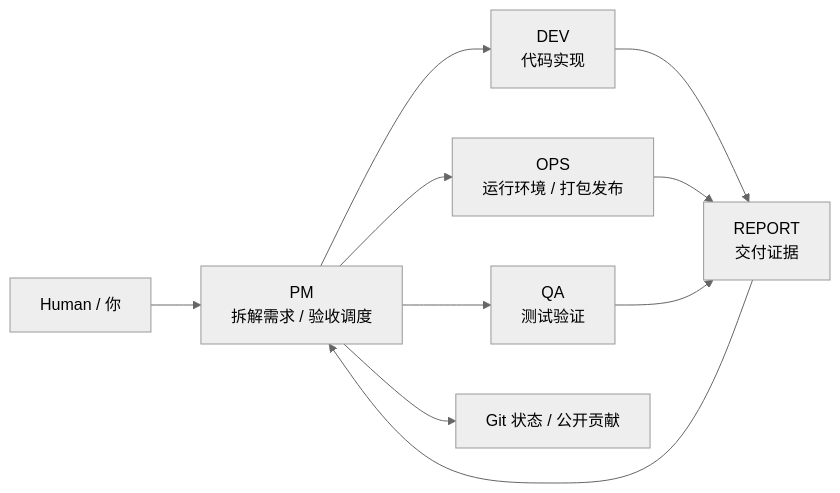
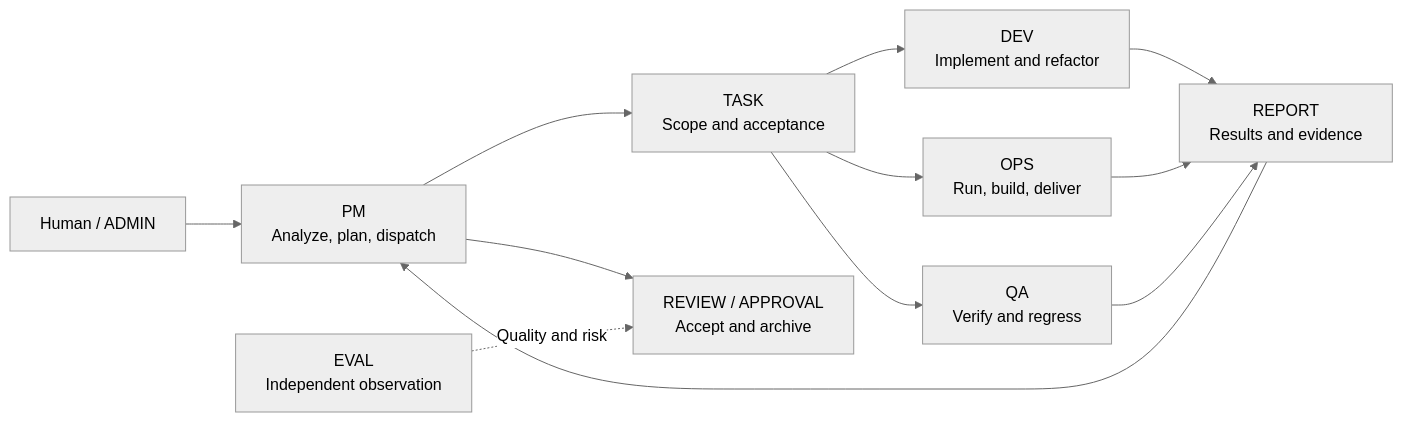
The diagram in README.md (joinwell52-AI/CodeFlowMu-open), drawn with Mermaid (neutral theme) before and after one commit. The commit also changed other lines of this file and 27 other files, not shown here.

````diff
--- a/README.md
+++ b/README.md
@@ -58,12 +105,14 @@
 ```mermaid
 flowchart LR
-  Human["Human / 你"] --> PM["PM<br/>拆解需求 / 验收调度"]
-  PM --> DEV["DEV<br/>代码实现"]
-  PM --> OPS["OPS<br/>运行环境 / 打包发布"]
-  PM --> QA["QA<br/>测试验证"]
-  DEV --> Report["REPORT<br/>交付证据"]
-  OPS --> Report
-  QA --> Report
-  Report --> PM
-  PM --> Git["Git 状态 / 公开贡献"]
+  Human["Human / ADMIN"] --> PM["PM<br/>Analyze, plan, dispatch"]
+  PM --> TASK["TASK<br/>Scope and acceptance"]
+  TASK --> DEV["DEV<br/>Implement and refactor"]
+  TASK --> OPS["OPS<br/>Run, build, deliver"]
+  TASK --> QA["QA<br/>Verify and regress"]
+  DEV --> REPORT["REPORT<br/>Results and evidence"]
+  OPS --> REPORT
+  QA --> REPORT
+  REPORT --> PM
+  PM --> REVIEW["REVIEW / APPROVAL<br/>Accept and archive"]
+  EVAL["EVAL<br/>Independent observation"] -.->|Quality and risk| REVIEW
 ```
````
